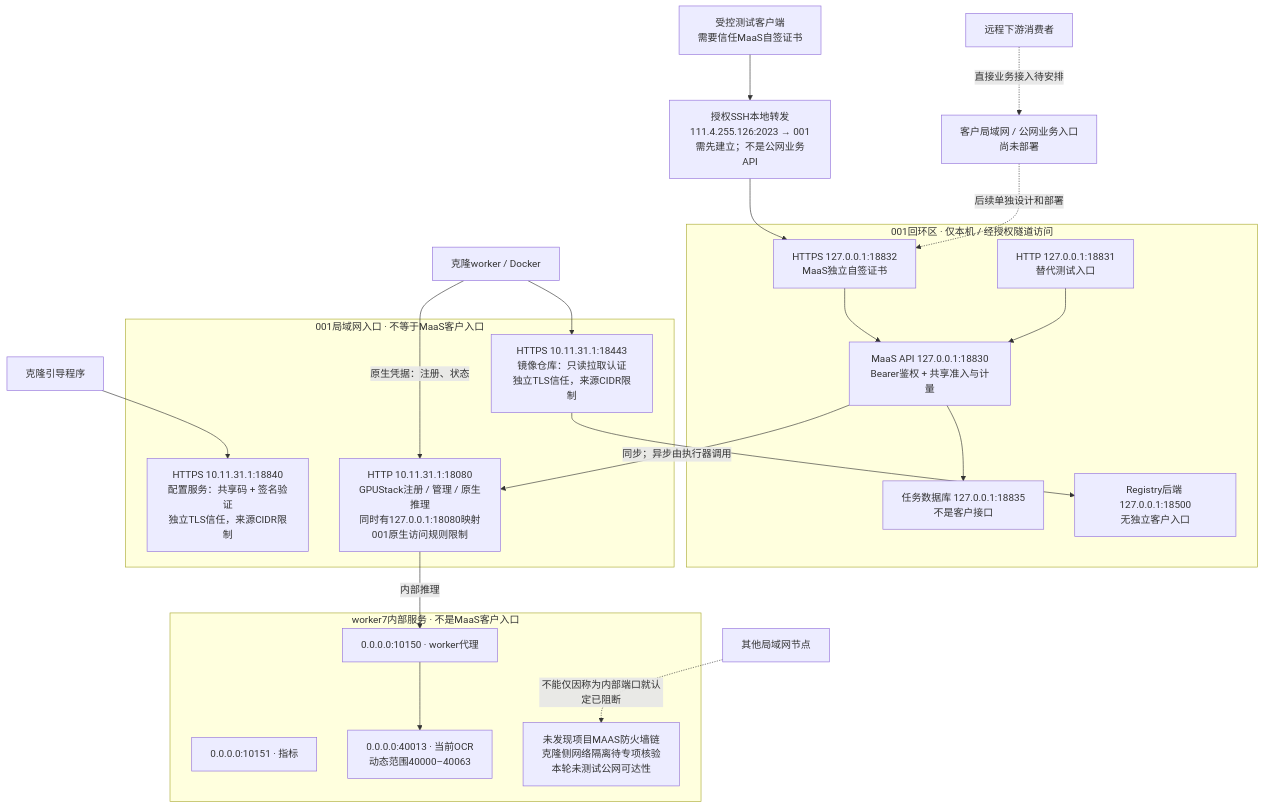
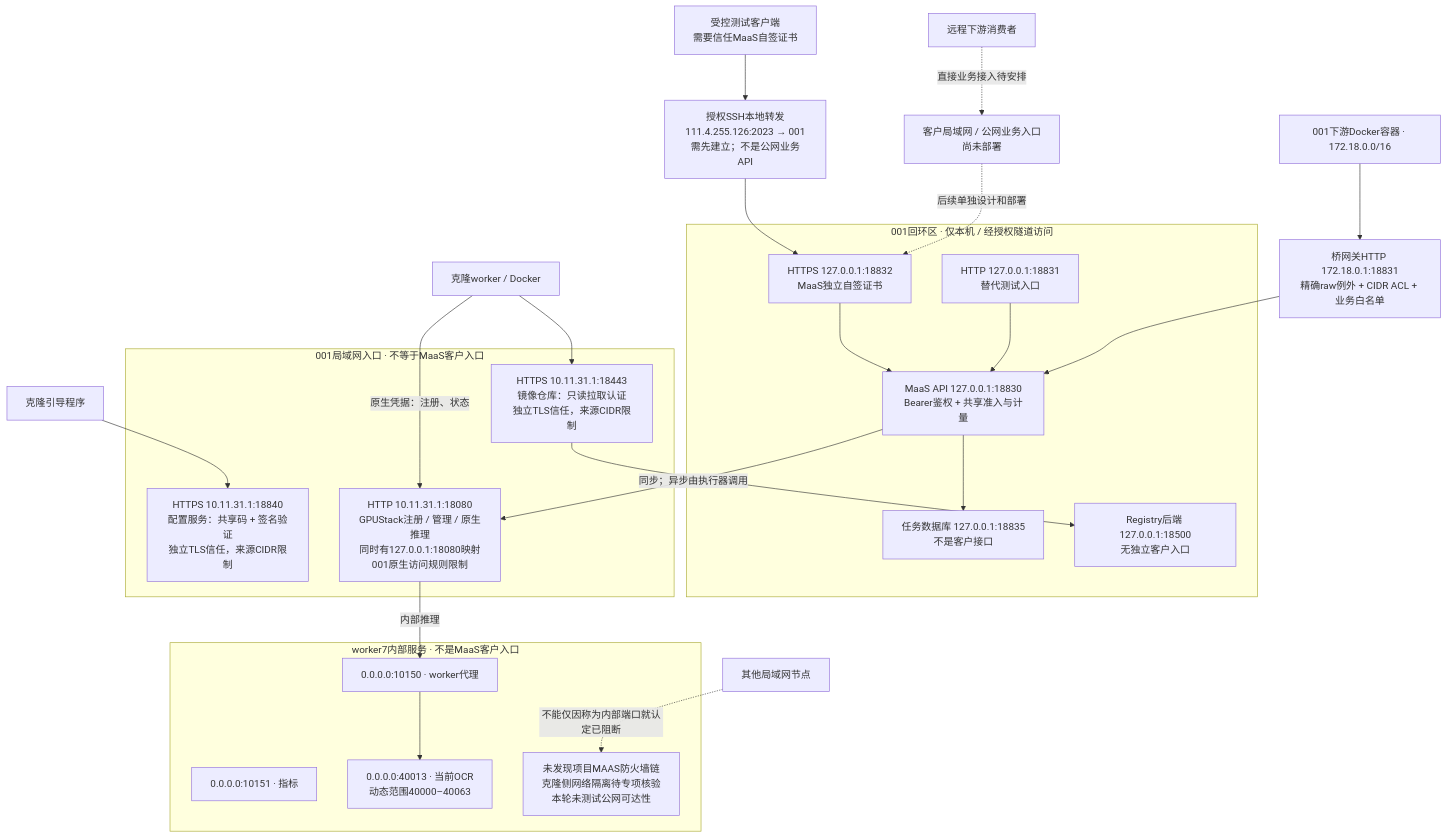
Before and after one commit to WTaoGitHub/cybercafe-maas: the second of 2 diagrams in docs/framework/CURRENT-ARCHITECTURE.md, drawn with Mermaid. The commit also changed other lines of this file and 7 other files, not shown here.

````diff
--- a/docs/framework/CURRENT-ARCHITECTURE.md
+++ b/docs/framework/CURRENT-ARCHITECTURE.md
@@ -58,40 +61,42 @@
 ```mermaid
 flowchart TB
     REMOTE["远程下游消费者"]
     TEST["受控测试客户端<br/>需要信任MaaS自签证书"]
     SSH["授权SSH本地转发<br/>111.4.255.126:2023 → 001<br/>需先建立；不是公网业务API"]
     FUTURE["客户局域网 / 公网业务入口<br/>尚未部署"]
     REMOTE -. "直接业务接入待安排" .-> FUTURE
     TEST --> SSH
     subgraph LOOP["001回环区 · 仅本机 / 经授权隧道访问"]
         TLS["HTTPS 127.0.0.1:18832<br/>MaaS独立自签证书"]
         HTTP["HTTP 127.0.0.1:18831<br/>替代测试入口"]
         APP["MaaS API 127.0.0.1:18830<br/>Bearer鉴权 + 共享准入与计量"]
         PG["任务数据库 127.0.0.1:18835<br/>不是客户接口"]
         STORE["Registry后端 127.0.0.1:18500<br/>无独立客户入口"]
         TLS --> APP
         HTTP --> APP
         APP --> PG
     end
+    DC["001下游Docker容器 · 172.18.0.0/16"] --> CE["桥网关HTTP 172.18.0.1:18831<br/>精确raw例外 + CIDR ACL + 业务白名单"]
+    CE --> APP
     SSH --> TLS
     FUTURE -. "后续单独设计和部署" .-> TLS
     subgraph LAN["001局域网入口 · 不等于MaaS客户入口"]
         CONFIG["HTTPS 10.11.31.1:18840<br/>配置服务：共享码 + 签名验证<br/>独立TLS信任，来源CIDR限制"]
         REGISTRY["HTTPS 10.11.31.1:18443<br/>镜像仓库：只读拉取认证<br/>独立TLS信任，来源CIDR限制"]
         NATIVE["HTTP 10.11.31.1:18080<br/>GPUStack注册 / 管理 / 原生推理<br/>同时有127.0.0.1:18080映射<br/>001原生访问规则限制"]
     end
     REGISTRY --> STORE
     CLIENTBOOT["克隆引导程序"] --> CONFIG
     WORKER["克隆worker / Docker"] --> REGISTRY
     WORKER -->|"原生凭据：注册、状态"| NATIVE
     APP -->|"同步；异步由执行器调用"| NATIVE
     subgraph WP["worker7内部服务 · 不是MaaS客户入口"]
         PROXY["0.0.0.0:10150 · worker代理"]
         METRIC["0.0.0.0:10151 · 指标"]
         ENGINE["0.0.0.0:40013 · 当前OCR<br/>动态范围40000–40063"]
         ACL["未发现项目MAAS防火墙链<br/>克隆侧网络隔离待专项核验<br/>本轮未测试公网可达性"]
         PROXY --> ENGINE
     end
     NATIVE -->|"内部推理"| PROXY
     PEER["其他局域网节点"] -. "不能仅因称为内部端口就认定已阻断" .-> ACL
 ```
````
